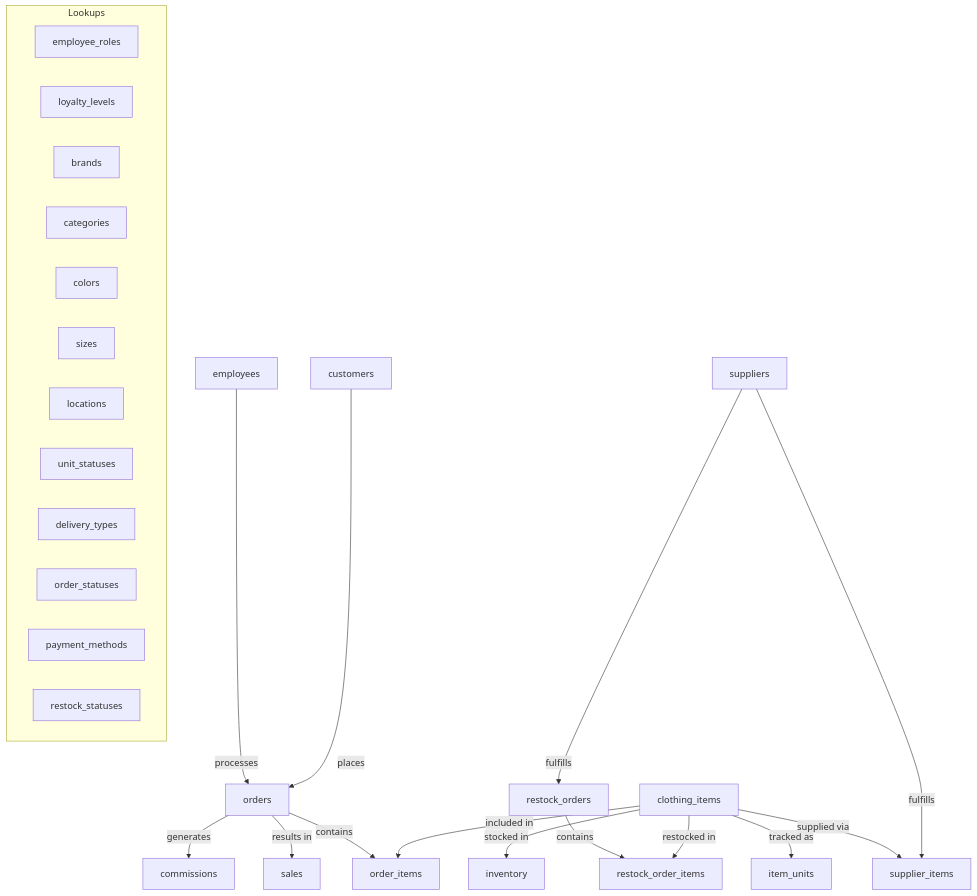
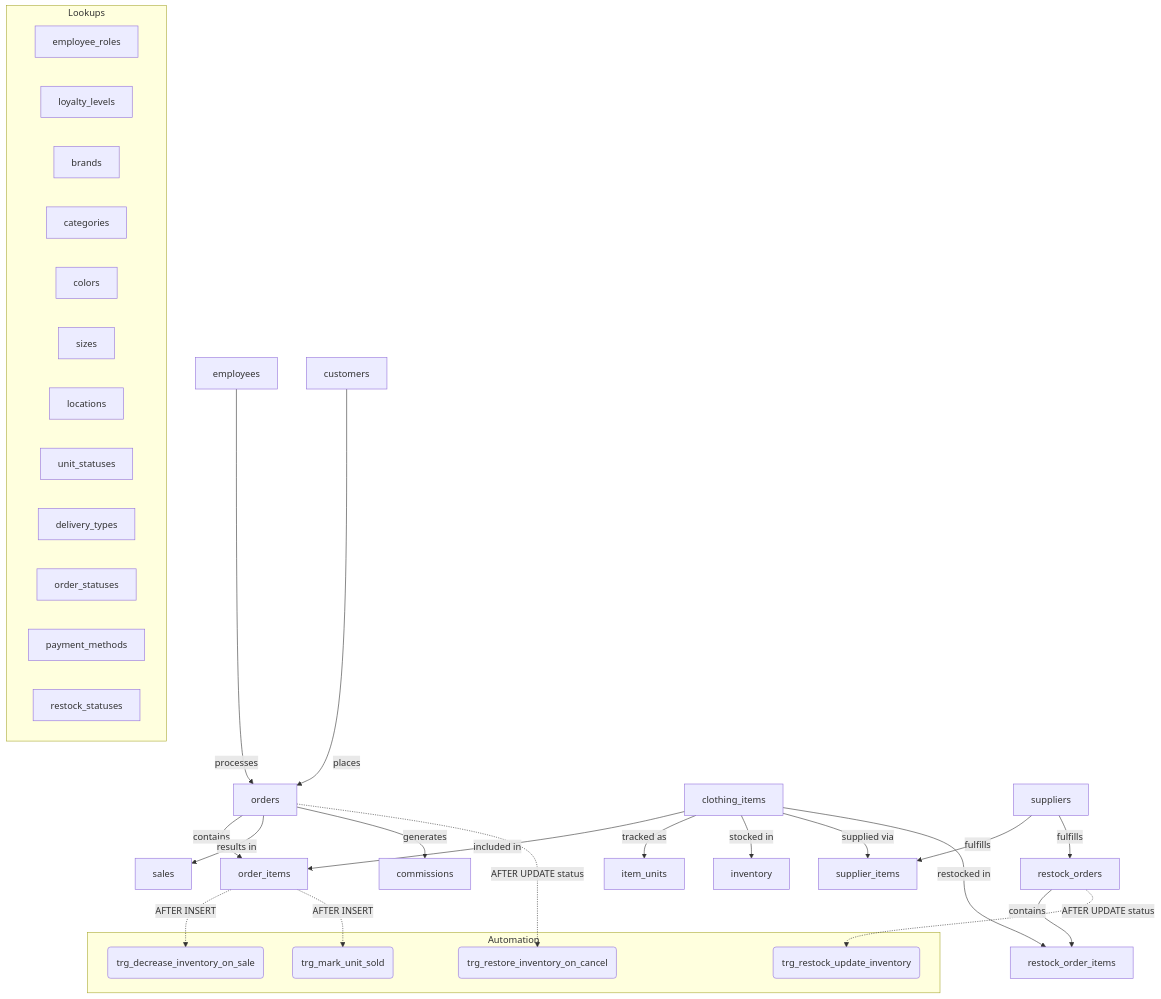
One commit to UNIDRA/ClothingDatabase changed the second of 2 diagrams in README.md. Above: the diagram before and after it, drawn with Mermaid. The commit also changed other lines of this file, not shown here.

````diff
--- a/README.md
+++ b/README.md
@@ -218,31 +230,43 @@
 ```mermaid
 flowchart TD
     E[employees] -->|processes| O[orders]
     C[customers] -->|places| O
     O -->|contains| OI[order_items]
     O -->|results in| S[sales]
     O -->|generates| COM[commissions]
     CI[clothing_items] -->|included in| OI
     CI -->|tracked as| IU[item_units]
     CI -->|stocked in| INV[inventory]
     CI -->|supplied via| SI[supplier_items]
     SUP[suppliers] -->|fulfills| SI
     SUP -->|fulfills| RO[restock_orders]
     RO -->|contains| ROI[restock_order_items]
     CI -->|restocked in| ROI
 
+    subgraph Automation
+        TRG1(trg_decrease_inventory_on_sale)
+        TRG2(trg_restore_inventory_on_cancel)
+        TRG3(trg_mark_unit_sold)
+        TRG4(trg_restock_update_inventory)
+    end
+
+    OI -.->|AFTER INSERT| TRG1
+    O -.->|AFTER UPDATE status| TRG2
+    OI -.->|AFTER INSERT| TRG3
+    RO -.->|AFTER UPDATE status| TRG4
+
     subgraph Lookups
         ER[employee_roles]
         LL[loyalty_levels]
         BR[brands]
         CAT[categories]
         COL[colors]
         SZ[sizes]
         LOC[locations]
         US[unit_statuses]
         DT[delivery_types]
         OS[order_statuses]
         PM[payment_methods]
         RS[restock_statuses]
     end
 ```
````
